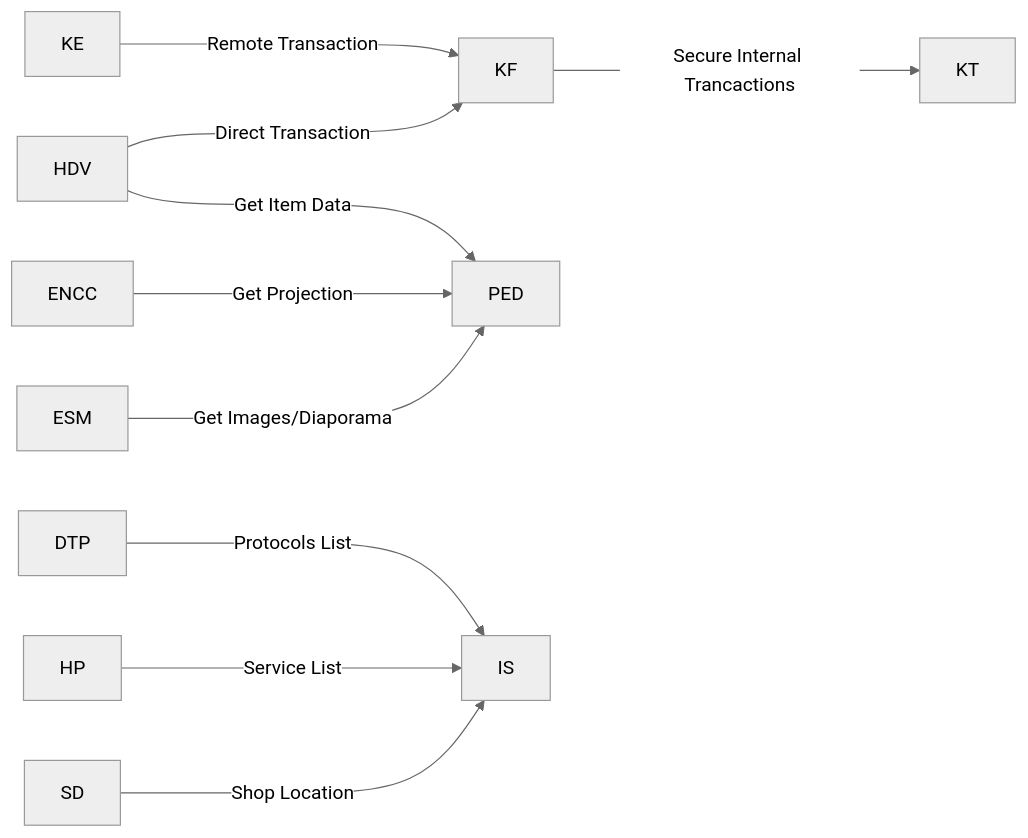
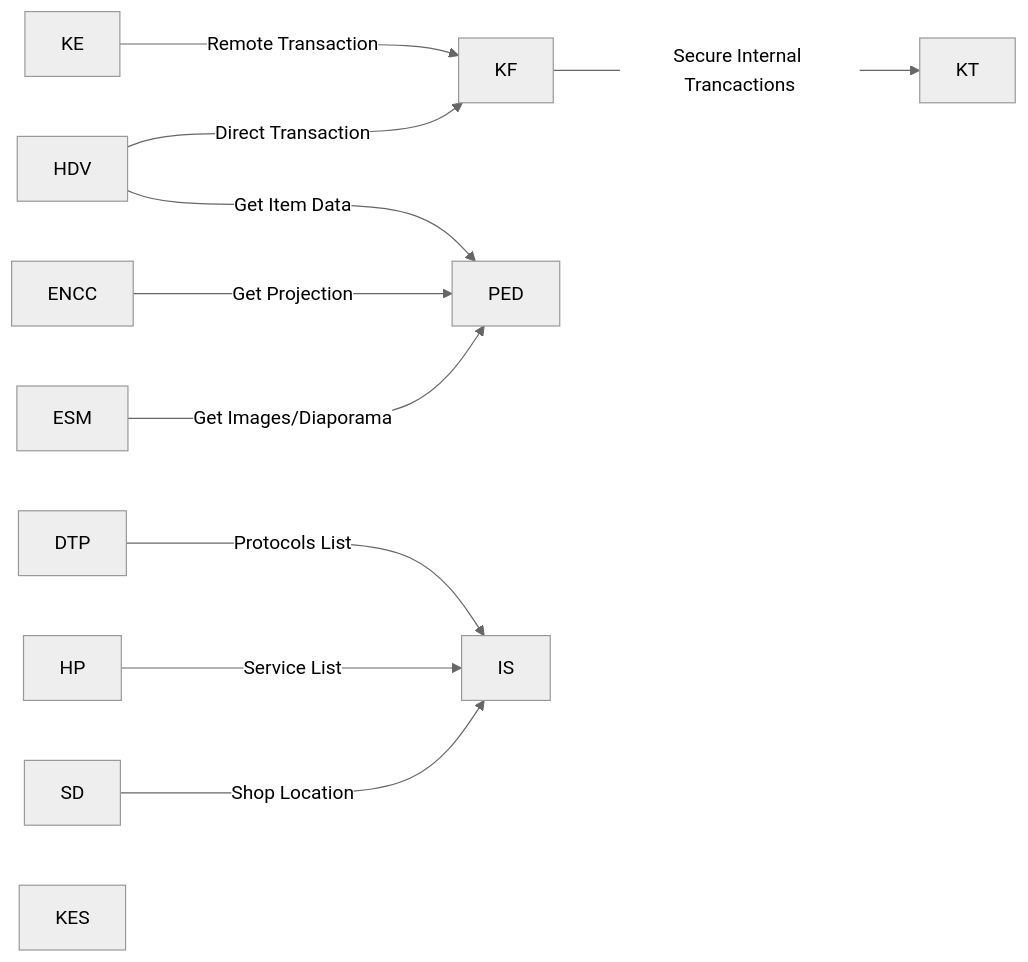
One commit to golemax/SwitchCraft-ENC-Programs changed the diagram in README.md. Above: the diagram before and after it, drawn with Mermaid (neutral theme). The commit also changed other lines of this file, not shown here.

````diff
--- a/README.md
+++ b/README.md
@@ -39,12 +41,13 @@
 ```mermaid
 flowchart LR
 KF-- Secure Internal Trancactions --->KT
 KE-- Remote Transaction --->KF
 HDV -- Direct Transaction --->KF
 HDV-- Get Item Data --->PED
 ENCC-- Get Projection --->PED
 ESM-- Get Images/Diaporama --->PED
 DTP-- Protocols List --->IS
 HP-- Service List --->IS
 SD-- Shop Location ---> IS
+KES
 ```
````
